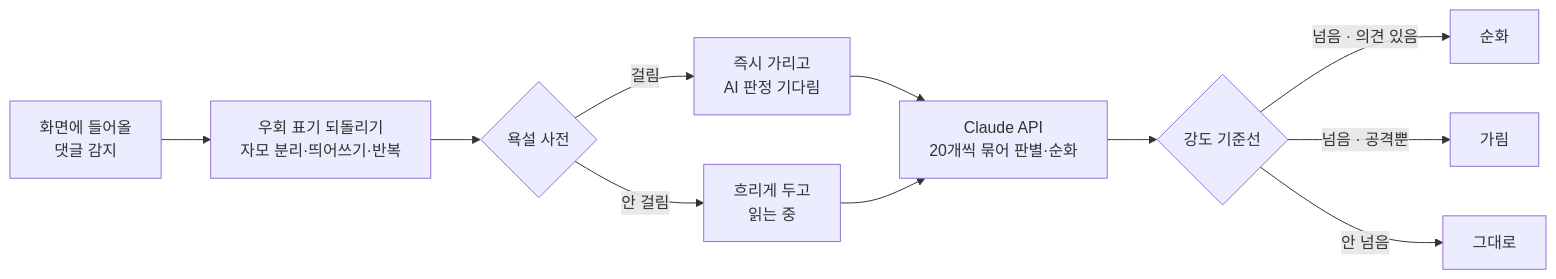
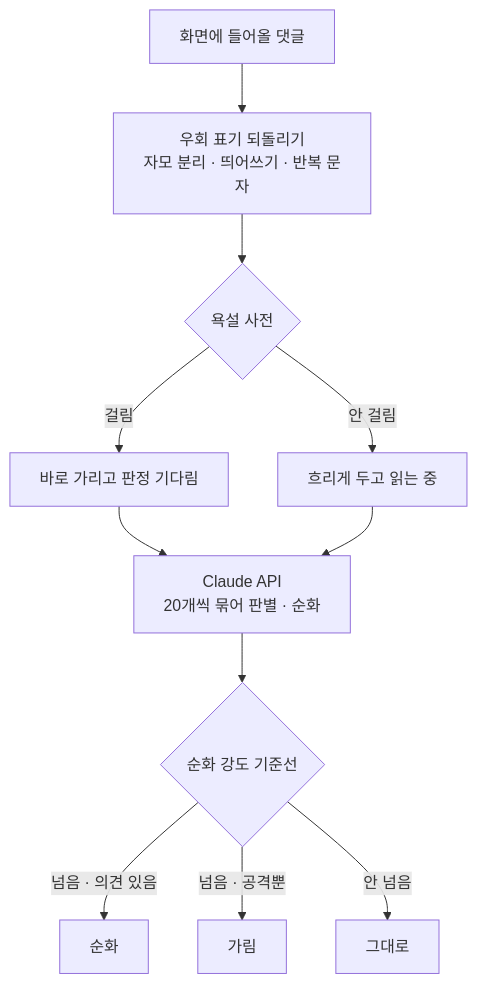
The diagram in README.md (swjun08/mallang), drawn with Mermaid before and after one commit. The commit also changed other lines of this file and 2 other files, not shown here.

Commit message:
README 다듬기: 비교 그림 글자 키우기, 흐름도 세로로, 팀 표 채우기

````diff
--- a/README.md
+++ b/README.md
@@ -111,13 +111,13 @@
 ```mermaid
-flowchart LR
-  A[화면에 들어올<br>댓글 감지] --> B[우회 표기 되돌리기<br>자모 분리·띄어쓰기·반복]
+flowchart TD
+  A[화면에 들어올 댓글] --> B[우회 표기 되돌리기<br>자모 분리 · 띄어쓰기 · 반복 문자]
   B --> C{욕설 사전}
-  C -- 걸림 --> D[즉시 가리고<br>AI 판정 기다림]
-  C -- 안 걸림 --> E[흐리게 두고<br>읽는 중]
-  D --> F[Claude API<br>20개씩 묶어 판별·순화]
+  C -- 걸림 --> D[바로 가리고 판정 기다림]
+  C -- 안 걸림 --> E[흐리게 두고 읽는 중]
+  D --> F[Claude API<br>20개씩 묶어 판별 · 순화]
   E --> F
-  F --> G{강도 기준선}
+  F --> G{순화 강도 기준선}
   G -- 넘음 · 의견 있음 --> H[순화]
   G -- 넘음 · 공격뿐 --> I[가림]
   G -- 안 넘음 --> J[그대로]
 ```
````
